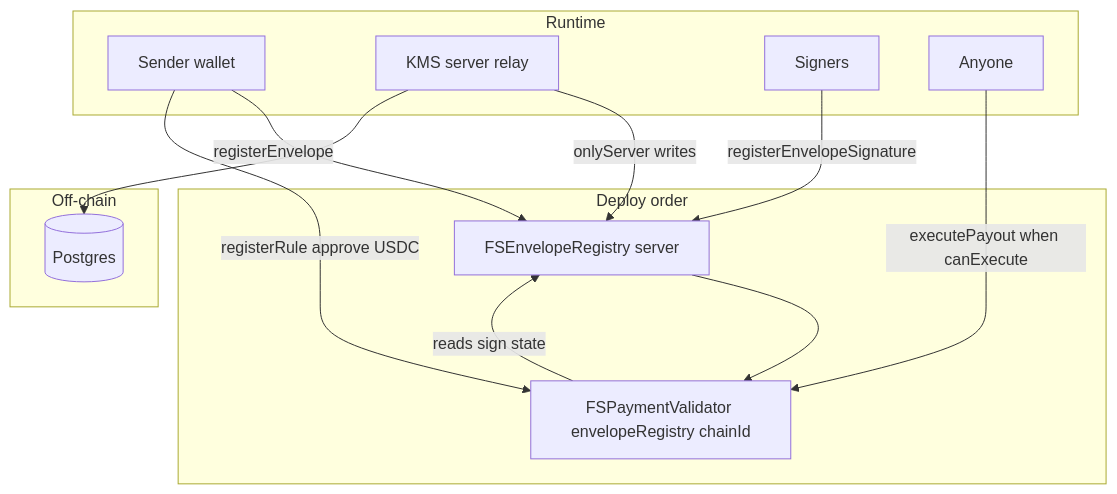
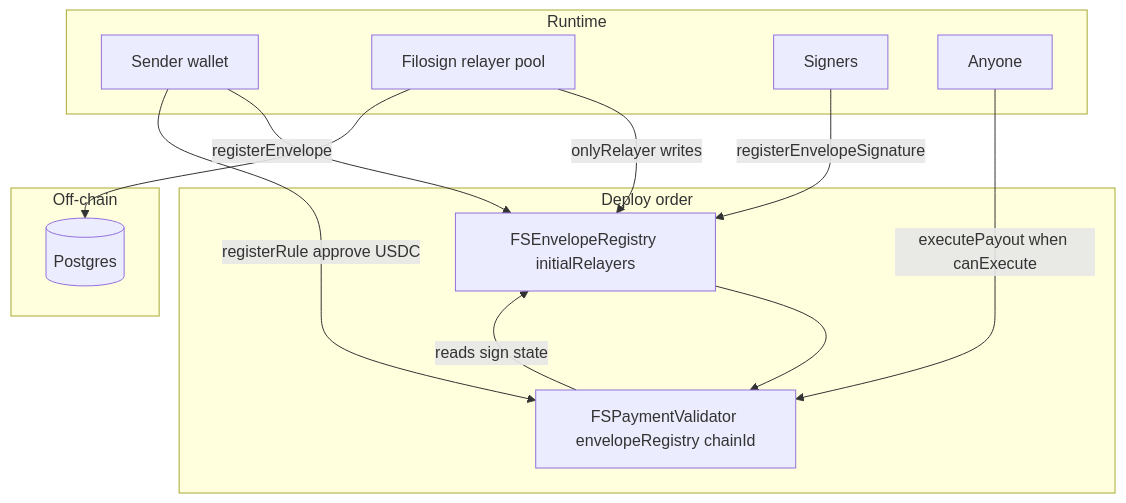
Before and after one commit to filosign-dapp/filosign: the diagram in oss/packages/contracts/ARCHITECTURE.md, drawn with Mermaid. The commit also changed other lines of this file and 6 other files, not shown here.

Commit message:
[RELAYER POOL] - Registry contract (oss/packages/contracts): multi-relayer auth, add/remove relayers, and registry tests.

````diff
--- a/oss/packages/contracts/ARCHITECTURE.md
+++ b/oss/packages/contracts/ARCHITECTURE.md
@@ -17,24 +17,24 @@
 ```mermaid
 flowchart TB
   subgraph deploy [Deploy order]
-    FR[FSEnvelopeRegistry server]
+    FR[FSEnvelopeRegistry initialRelayers]
     PV[FSPaymentValidator envelopeRegistry chainId]
     FR --> PV
   end
   subgraph runtime [Runtime]
     Sender[Sender wallet]
-    Relay[KMS server relay]
+    Relay[Filosign relayer pool]
     Signers[Signers]
     Anyone[Anyone]
     Sender -->|registerEnvelope| FR
     Signers -->|registerEnvelopeSignature| FR
-    Relay -->|onlyServer writes| FR
+    Relay -->|onlyRelayer writes| FR
     Sender -->|registerRule approve USDC| PV
     Anyone -->|executePayout when canExecute| PV
     PV -->|reads sign state| FR
   end
   subgraph offchain [Off-chain]
     DB[(Postgres)]
     Relay --> DB
   end
 ```
````
